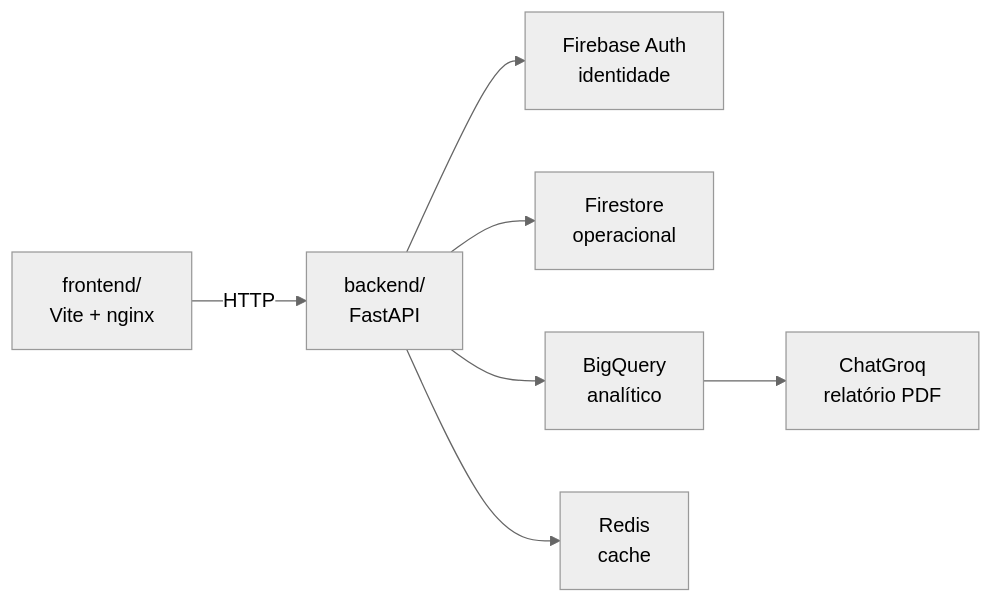
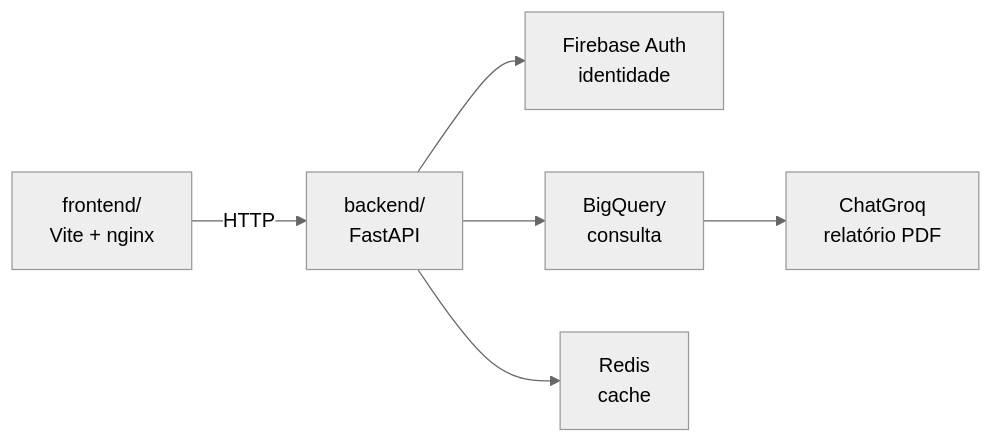
The diagram in docs/arquitetura.md (Moreira-89/plataforma_clara), drawn with Mermaid (neutral theme) before and after one commit. The commit also changed other lines of this file and 6 other files, not shown here.

````diff
--- a/docs/arquitetura.md
+++ b/docs/arquitetura.md
@@ -9,9 +12,8 @@
 ```mermaid
 flowchart LR
     F["frontend/<br>Vite + nginx"] -->|HTTP| B["backend/<br>FastAPI"]
     B --> AUTH["Firebase Auth<br>identidade"]
-    B --> FS["Firestore<br>operacional"]
-    B --> BQ["BigQuery<br>analítico"]
+    B --> BQ["BigQuery<br>consulta"]
     B --> R["Redis<br>cache"]
     BQ --> LLM["ChatGroq<br>relatório PDF"]
 ```
````
